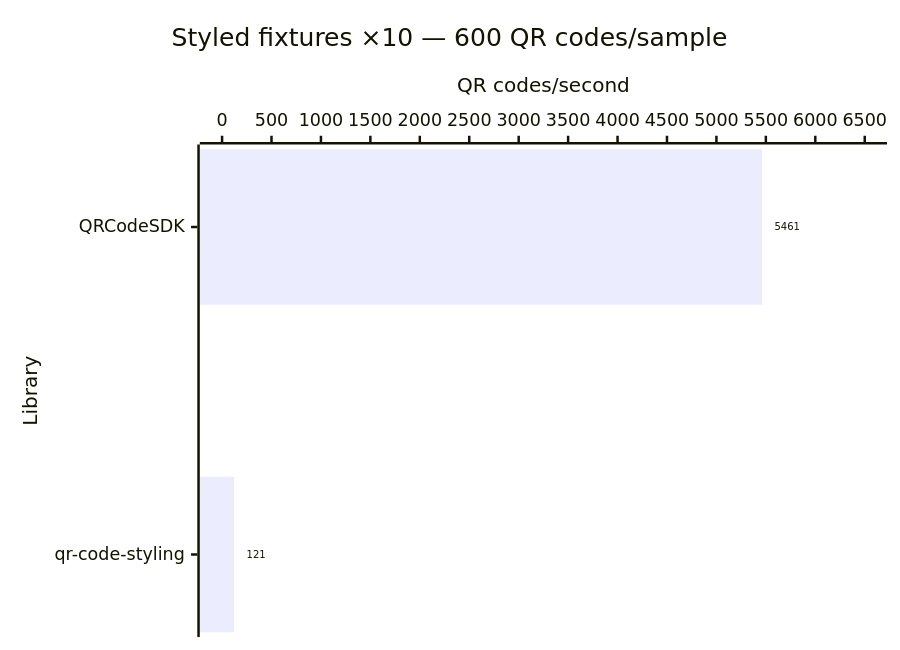
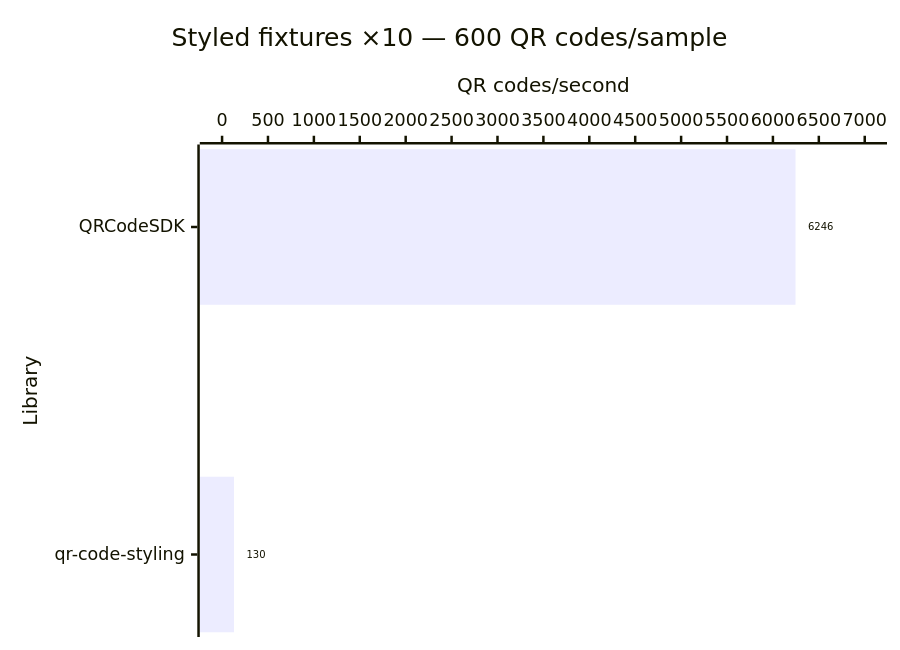
Diagram 13 of 14 in apps/docs/src/content/docs/learn/performance.md (Dafnik/qrcodesdk), drawn with Mermaid before and after one commit. The commit also changed other lines of this file and 2 other files, not shown here.

First line of the commit message:
docs: refresh QR code performance benchmarks

````diff
--- a/apps/docs/src/content/docs/learn/performance.md
+++ b/apps/docs/src/content/docs/learn/performance.md
@@ -284,15 +284,15 @@
 ```mermaid
 ---
 config:
   xyChart:
     showDataLabel: true
     showDataLabelOutsideBar: true
 ---
 xychart horizontal
   accTitle: Styled SVG generation: Styled fixtures ×10 — 600 QR codes/sample
-  accDescr: Throughput calculated from median time. QRCodeSDK 5,461 QR codes per second, qr-code-styling 121 QR codes per second. Higher is better.
+  accDescr: Throughput calculated from median time. QRCodeSDK 6,246 QR codes per second, qr-code-styling 130 QR codes per second. Higher is better.
   title "Styled fixtures ×10 — 600 QR codes/sample"
   x-axis "Library" ["QRCodeSDK", "qr-code-styling"]
-  y-axis "QR codes/second" 0 --> 6500
-  bar [5461, 121]
+  y-axis "QR codes/second" 0 --> 7000
+  bar [6246, 130]
 ```
````
